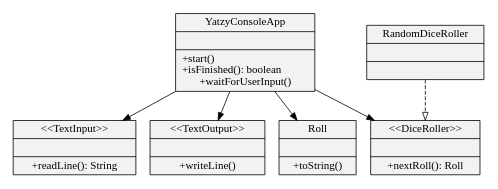
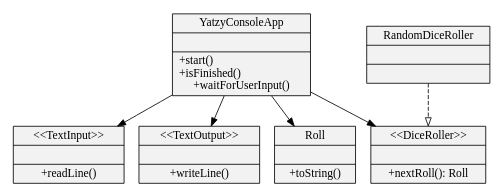
The diagram in dev_log/graphviz/dice_refactored.dot (uozuAho/yatzyTopDown), drawn with Graphviz before and after one commit. The commit also changed 9 other files, not shown here.

Commit message:
add git tags, make diagrams consistent, tidy

```diff
--- a/dev_log/graphviz/dice_refactored.dot
+++ b/dev_log/graphviz/dice_refactored.dot
@@ -1,17 +1,17 @@
 digraph dice_refactored {
 size="5,5"
 node[shape=record,style=filled,fillcolor=gray95]
 
-1[label = "{YatzyConsoleApp||+start()\l+isFinished(): boolean\l+waitForUserInput()}"]
-2[label = "{\<\<TextInput\>\>||+readLine(): String}"]
+1[label = "{YatzyConsoleApp||+start()\l+isFinished()\l+waitForUserInput()}"]
+2[label = "{\<\<TextInput\>\>||+readLine()}"]
 3[label = "{\<\<TextOutput\>\>||+writeLine()}"]
 4[label = "{\<\<DiceRoller\>\>||+nextRoll(): Roll}"]
 5[label = "{Roll||+toString()}"]
 7[label = "{RandomDiceRoller||}"]
 
 1->2
 1->3
 1->4
 1->5
 7->4 [style=dashed,arrowhead=onormal]
 }
```
